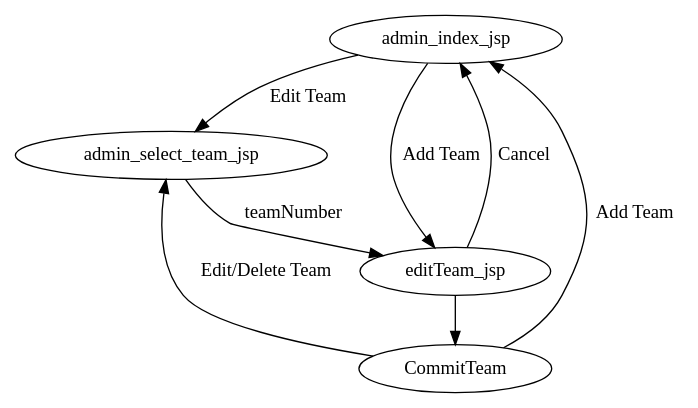
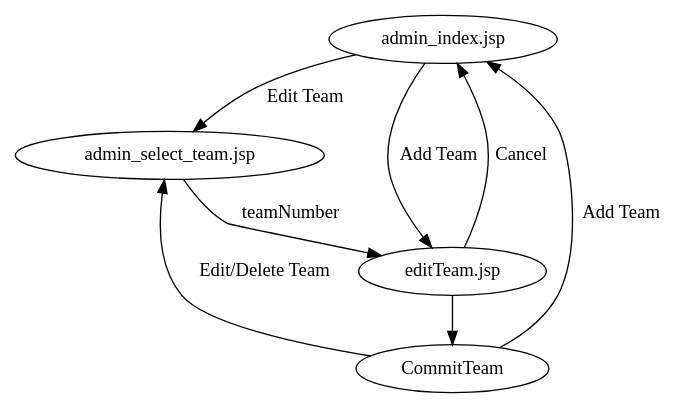
Before and after one commit to jpschewe/fll-sw: the diagram in scoring/docs/workflows/edit-team.dot, drawn with Graphviz. The commit also changed 8 other files, not shown here.

```diff
--- a/scoring/docs/workflows/edit-team.dot
+++ b/scoring/docs/workflows/edit-team.dot
@@ -1,17 +1,17 @@
 digraph edit_team {
 
-admin_index_jsp -> admin_select_team_jsp [label="Edit Team"];
+"admin_index.jsp" -> "admin_select_team.jsp" [label="Edit Team"];
 
-admin_index_jsp -> editTeam_jsp [label="Add Team"];
+"admin_index.jsp" -> "editTeam.jsp" [label="Add Team"];
 
-admin_select_team_jsp -> editTeam_jsp [label="teamNumber"];
+"admin_select_team.jsp" -> "editTeam.jsp" [label="teamNumber"];
 
-editTeam_jsp -> CommitTeam;
+"editTeam.jsp" -> CommitTeam;
 
-editTeam_jsp -> admin_index_jsp [label="Cancel"];
+"editTeam.jsp" -> "admin_index.jsp" [label="Cancel"];
 
-CommitTeam -> admin_select_team_jsp [label="Edit/Delete Team"];
+CommitTeam -> "admin_select_team.jsp" [label="Edit/Delete Team"];
 
-CommitTeam -> admin_index_jsp [label="Add Team"];
+CommitTeam -> "admin_index.jsp" [label="Add Team"];
 
 }
```
